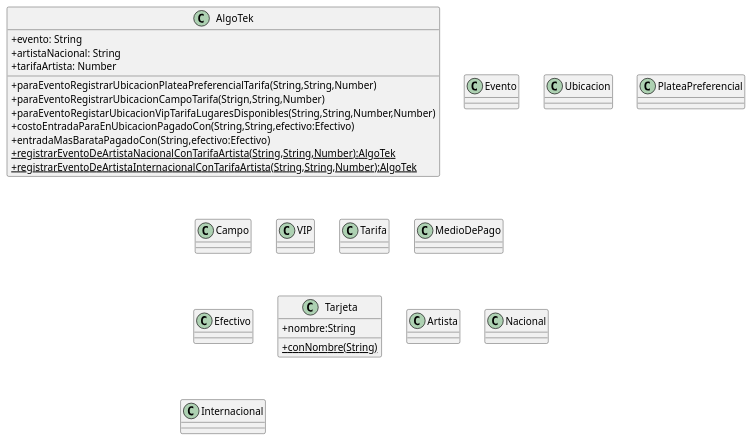
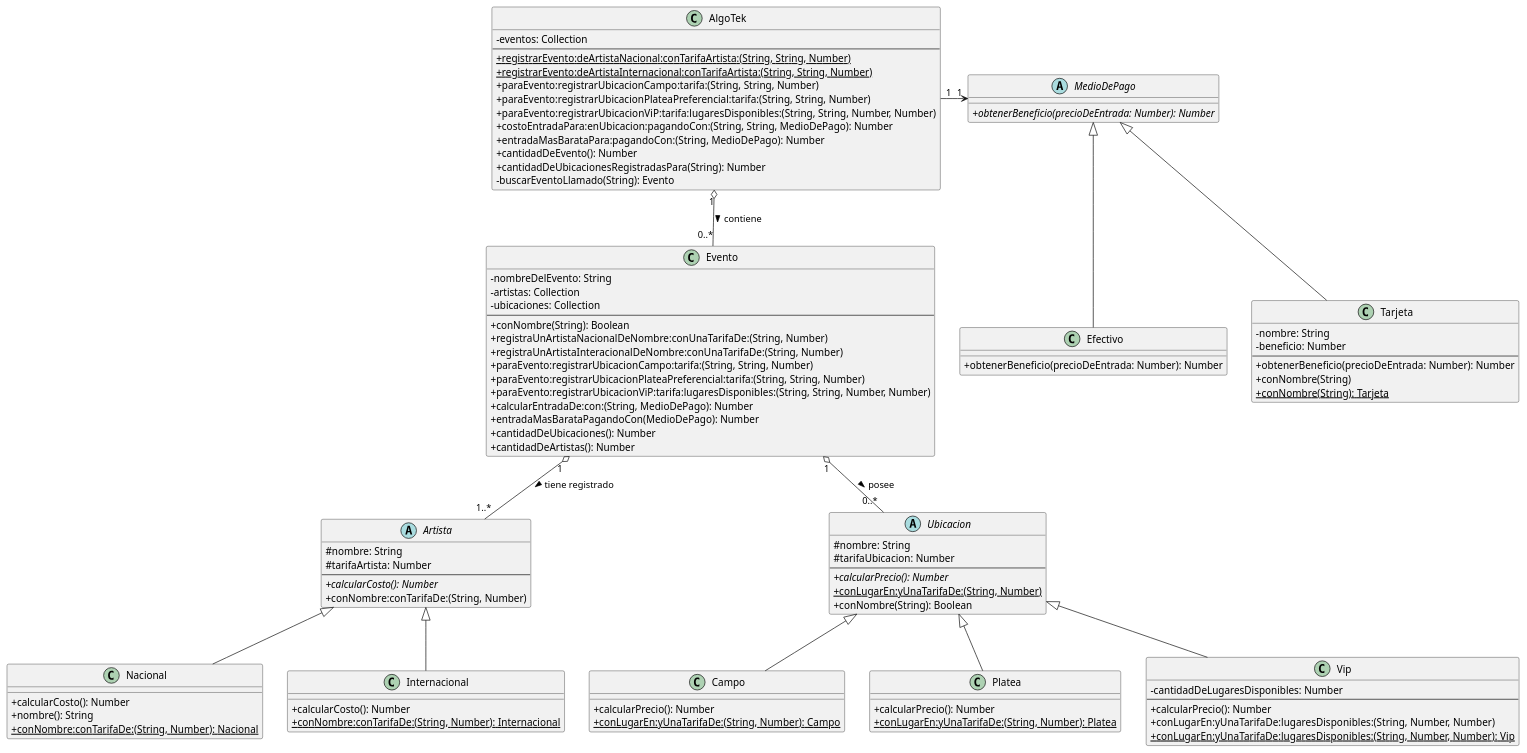
Before and after one commit to AleeCruz/Carpeta-FIUBA: the diagram in Paradigmas de Programacion/DiagramaDeClases/EjerciciosTP1/DiagramaDeClases.puml, drawn with PlantUML. The commit also changed 19 other files, not shown here.

```diff
--- a/Paradigmas de Programacion/DiagramaDeClases/EjerciciosTP1/DiagramaDeClases.puml
+++ b/Paradigmas de Programacion/DiagramaDeClases/EjerciciosTP1/DiagramaDeClases.puml
@@ -1,72 +1,123 @@
 @startuml
 skinparam classAttributeIconSize 0
 
-class AlgoTek{
-    'Atributos
-    +evento: String
-    +artistaNacional: String 
-    +tarifaArtista: Number 
 
-    'Metodos
-    +paraEventoRegistrarUbicacionPlateaPreferencialTarifa(String,String,Number)
-    +paraEventoRegistrarUbicacionCampoTarifa(Strign,String,Number)
-    +paraEventoRegistarUbicacionVipTarifaLugaresDisponibles(String,String,Number,Number)
-    +costoEntradaParaEnUbicacionPagadoCon(String,String,efectivo:Efectivo)
-    +entradaMasBarataPagadoCon(String,efectivo:Efectivo)
-    {static}+registrarEventoDeArtistaNacionalConTarifaArtista(String,String,Number):AlgoTek
-    {static}+registrarEventoDeArtistaInternacionalConTarifaArtista(String,String,Number):AlgoTek
+class AlgoTek {
+    -eventos: Collection
+    --
+    {static}+registrarEvento:deArtistaNacional:conTarifaArtista:(String, String, Number)
+    {static}+registrarEvento:deArtistaInternacional:conTarifaArtista:(String, String, Number)
+    +paraEvento:registrarUbicacionCampo:tarifa:(String, String, Number)
+    +paraEvento:registrarUbicacionPlateaPreferencial:tarifa:(String, String, Number)
+    +paraEvento:registrarUbicacionViP:tarifa:lugaresDisponibles:(String, String, Number, Number)
+    +costoEntradaPara:enUbicacion:pagandoCon:(String, String, MedioDePago): Number
+    +entradaMasBarataPara:pagandoCon:(String, MedioDePago): Number
+    +cantidadDeEvento(): Number
+    +cantidadDeUbicacionesRegistradasPara(String): Number
+    -buscarEventoLlamado(String): Evento
 }
 
-class Evento{
-
+class Evento {
+    -nombreDelEvento: String
+    -artistas: Collection
+    -ubicaciones: Collection
+    --
+    +conNombre(String): Boolean
+    +registraUnArtistaNacionalDeNombre:conUnaTarifaDe:(String, Number)
+    +registraUnArtistaInteracionalDeNombre:conUnaTarifaDe:(String, Number)
+    +paraEvento:registrarUbicacionCampo:tarifa:(String, String, Number)
+    +paraEvento:registrarUbicacionPlateaPreferencial:tarifa:(String, String, Number)
+    +paraEvento:registrarUbicacionViP:tarifa:lugaresDisponibles:(String, String, Number, Number)
+    +calcularEntradaDe:con:(String, MedioDePago): Number
+    +entradaMasBarataPagandoCon(MedioDePago): Number
+    +cantidadDeUbicaciones(): Number
+    +cantidadDeArtistas(): Number
 }
 
-class Ubicacion{
+' --- JERARQUÍA DE ARTISTA ---
 
+abstract class Artista {
+    #nombre: String
+    #tarifaArtista: Number
+    --
+    +{abstract} calcularCosto(): Number
+    +conNombre:conTarifaDe:(String, Number)
 }
 
-class PlateaPreferencial{
-
-}
-class Campo{
-
-}
-class VIP{
-    
+class Nacional {
+    +calcularCosto(): Number
+    +nombre(): String
+    {static} +conNombre:conTarifaDe:(String, Number): Nacional
 }
 
-
-class Tarifa{
-
+class Internacional {
+    +calcularCosto(): Number
+    {static} +conNombre:conTarifaDe:(String, Number): Internacional
 }
 
+' --- JERARQUÍA DE UBICACIÓN ---
 
-Class MedioDePago{
-
-}
-class Efectivo{
-
-}
-Class Tarjeta{
-    +nombre:String
-    {static}+conNombre(String)
-
+abstract class Ubicacion {
+    #nombre: String
+    #tarifaUbicacion: Number
+    --
+    +{abstract} calcularPrecio(): Number
+    {static}+conLugarEn:yUnaTarifaDe:(String, Number)
+    +conNombre(String): Boolean
 }
 
-
-
-Class Artista{
-
+class Campo {
+    +calcularPrecio(): Number
+    {static} +conLugarEn:yUnaTarifaDe:(String, Number): Campo
 }
 
-Class Nacional{
-
-}
-Class Internacional{
-
+class Platea {
+    +calcularPrecio(): Number
+    {static} +conLugarEn:yUnaTarifaDe:(String, Number): Platea
 }
 
+class Vip {
+    -cantidadDeLugaresDisponibles: Number
+    --
+    +calcularPrecio(): Number
+    +conLugarEn:yUnaTarifaDe:lugaresDisponibles:(String, Number, Number)
+    {static} +conLugarEn:yUnaTarifaDe:lugaresDisponibles:(String, Number, Number): Vip
+}
 
+' --- JERARQUÍA DE MEDIO DE PAGO ---
 
+abstract class MedioDePago {
+    +{abstract} obtenerBeneficio(precioDeEntrada: Number): Number
+}
+
+class Efectivo {
+    +obtenerBeneficio(precioDeEntrada: Number): Number
+}
+
+class Tarjeta {
+    -nombre: String
+    -beneficio: Number
+    --
+    +obtenerBeneficio(precioDeEntrada: Number): Number
+    +conNombre(String)
+    {static} +conNombre(String): Tarjeta
+}
+
+' --- RELACIONES Y MULTIPLICIDADES ---
+AlgoTek "1" -right-> "1" MedioDePago
+
+AlgoTek "1" o-- "0..*" Evento : contiene >
+Evento "1" o-- "1..*" Artista : tiene registrado >
+Evento "1" o-- "0..*" Ubicacion : posee >
+
+Artista <|-- Nacional
+Artista <|-- Internacional
+
+Ubicacion <|-- Campo
+Ubicacion <|-- Platea
+Ubicacion <|-- Vip
+
+MedioDePago <|-- Efectivo
+MedioDePago <|-- Tarjeta
 
 @enduml
```
